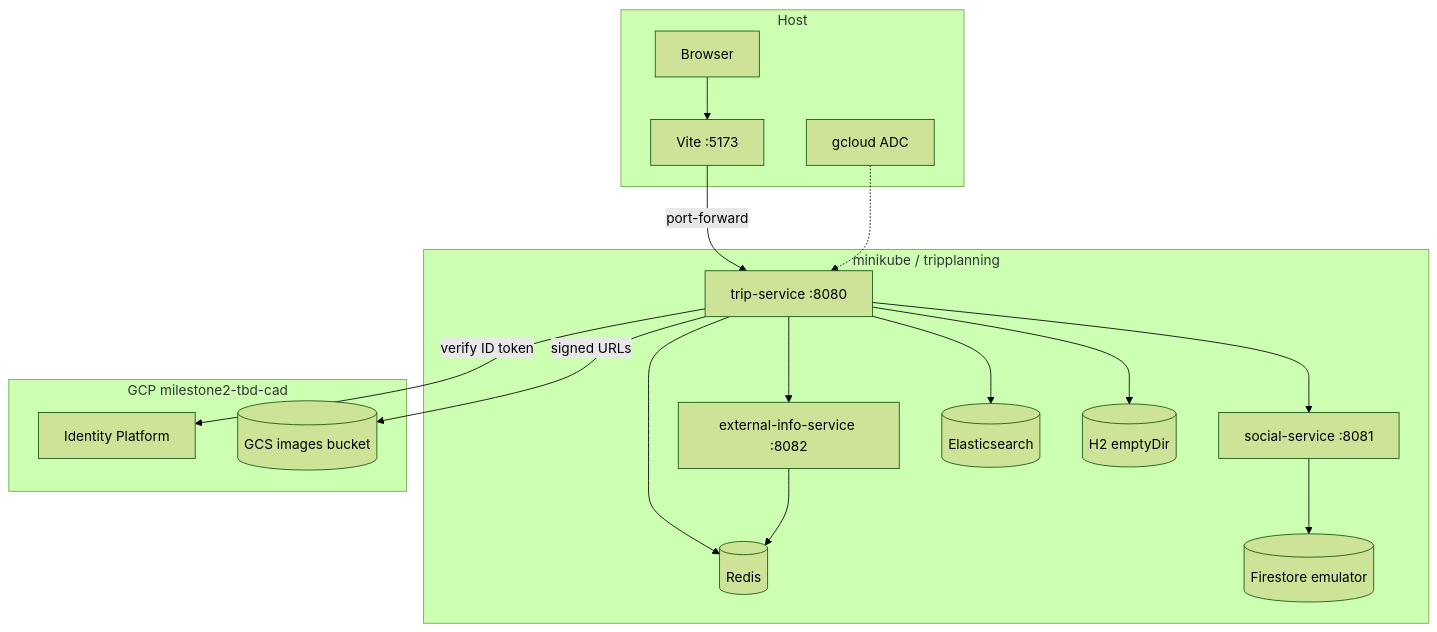
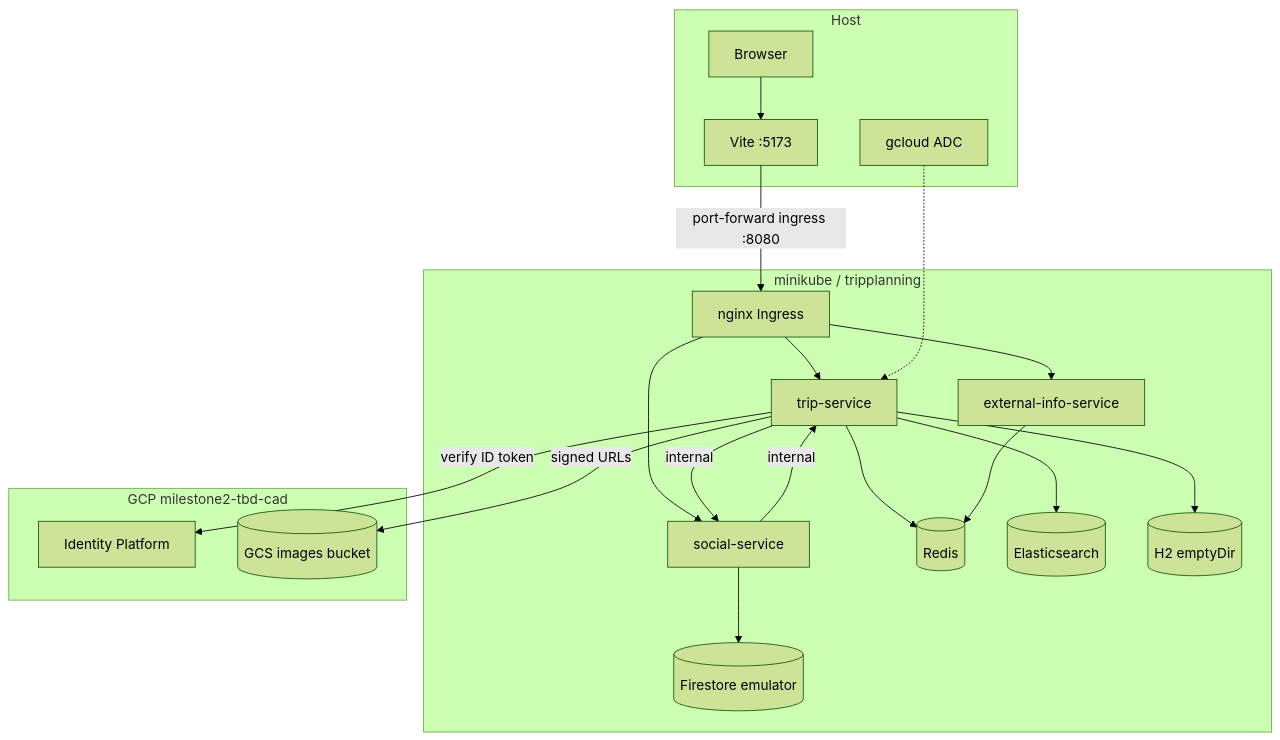
One commit to tbd-htwg/backend changed the first of 4 diagrams in docs/gettingstarted/STATE.md. Above: the diagram before and after it, drawn with Mermaid (forest theme). The commit also changed other lines of this file and 29 other files, not shown here.

Commit message:
Implement nginx ingress for API routing in local minikube setup. Update README and scripts for ingress usage, enhancing service accessibility. Add JWT decoder configuration for secure API access and improve CORS handling across services.

````diff
--- a/docs/gettingstarted/STATE.md
+++ b/docs/gettingstarted/STATE.md
@@ -55,36 +56,40 @@
 ```mermaid
 flowchart TB
   subgraph Host
     Browser[Browser]
     Vite[Vite :5173]
     ADC[gcloud ADC]
   end
 
   subgraph Minikube["minikube / tripplanning"]
-    PF[trip-service :8080]
-    Social[social-service :8081]
-    Ext[external-info-service :8082]
+    GW[nginx Ingress]
+    Trip[trip-service]
+    Social[social-service]
+    Ext[external-info-service]
     Redis[(Redis)]
     ES[(Elasticsearch)]
     H2[(H2 emptyDir)]
     FSE[(Firestore emulator)]
   end
 
   subgraph GCP["GCP milestone2-tbd-cad"]
     IdP[Identity Platform]
     GCS[(GCS images bucket)]
   end
 
   Browser --> Vite
-  Vite -->|port-forward| PF
-  PF --> Social
-  PF --> Ext
-  PF --> Redis
-  PF --> ES
-  PF --> H2
+  Vite -->|port-forward ingress :8080| GW
+  GW --> Trip
+  GW --> Social
+  GW --> Ext
+  Trip --> Redis
+  Trip --> ES
+  Trip --> H2
   Social --> FSE
   Ext --> Redis
-  PF -->|verify ID token| IdP
-  PF -->|signed URLs| GCS
-  ADC -.-> PF
+  Social -->|internal| Trip
+  Trip -->|internal| Social
+  Trip -->|verify ID token| IdP
+  Trip -->|signed URLs| GCS
+  ADC -.-> Trip
 ```
````
